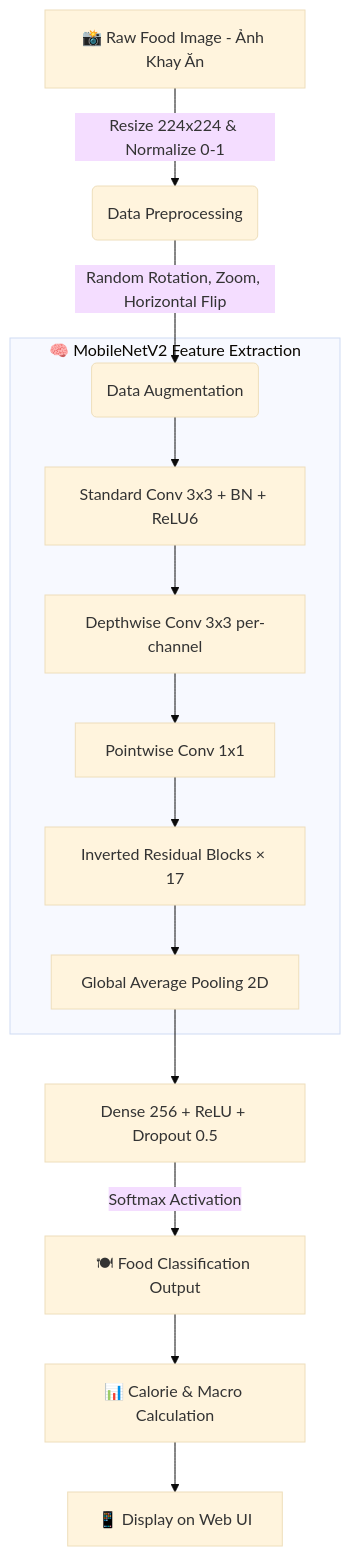
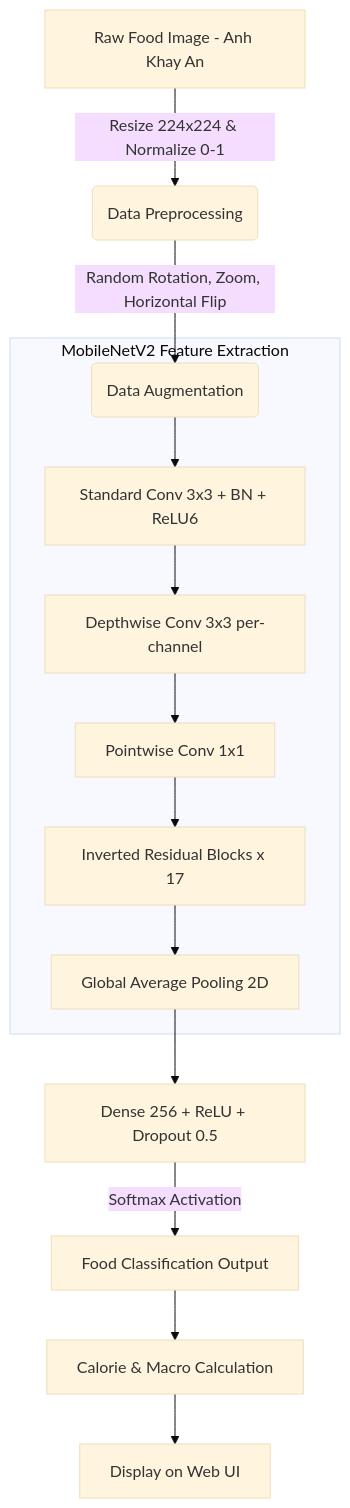
The fourth of 11 diagrams in README.md (DevOpsLogistics/FoodVision-Ai), drawn with Mermaid (base theme) before and after one commit. The commit also changed other lines of this file, not shown here.

Commit message:
Docs: Remove all emojis, add 4 new CNN architecture diagrams and 2 new charts

````diff
--- a/README.md
+++ b/README.md
@@ -218,18 +291,18 @@
 ```mermaid
 graph TD
-    A[📸 Raw Food Image - Ảnh Khay Ăn] -->|Resize 224x224 & Normalize 0-1| B(Data Preprocessing)
-    B -->|Random Rotation, Zoom, Horizontal Flip| C(Data Augmentation)
+    A["Raw Food Image - Anh Khay An"] -->|"Resize 224x224 & Normalize 0-1"| B("Data Preprocessing")
+    B -->|"Random Rotation, Zoom, Horizontal Flip"| C("Data Augmentation")
     
-    subgraph CNN_Architecture ["🧠 MobileNetV2 Feature Extraction"]
-    C --> D[Standard Conv 3x3 + BN + ReLU6]
-    D --> E[Depthwise Conv 3x3 per-channel]
-    E --> F[Pointwise Conv 1x1]
-    F --> G["Inverted Residual Blocks × 17"]
-    G --> H[Global Average Pooling 2D]
+    subgraph CNN_Architecture ["MobileNetV2 Feature Extraction"]
+    C --> D["Standard Conv 3x3 + BN + ReLU6"]
+    D --> E["Depthwise Conv 3x3 per-channel"]
+    E --> F["Pointwise Conv 1x1"]
+    F --> G["Inverted Residual Blocks x 17"]
+    G --> H["Global Average Pooling 2D"]
     end
     
-    H --> I[Dense 256 + ReLU + Dropout 0.5]
-    I -->|Softmax Activation| J["🍽 Food Classification Output"]
-    J --> K["📊 Calorie & Macro Calculation"]
-    K --> L["📱 Display on Web UI"]
+    H --> I["Dense 256 + ReLU + Dropout 0.5"]
+    I -->|"Softmax Activation"| J["Food Classification Output"]
+    J --> K["Calorie & Macro Calculation"]
+    K --> L["Display on Web UI"]
 ```
````
